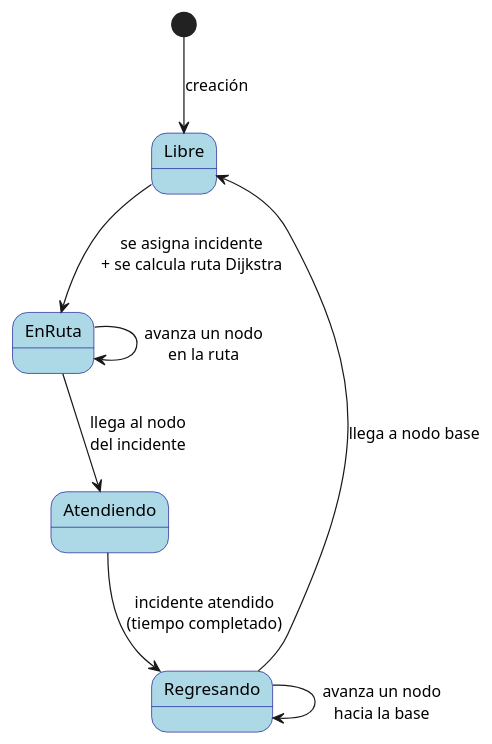
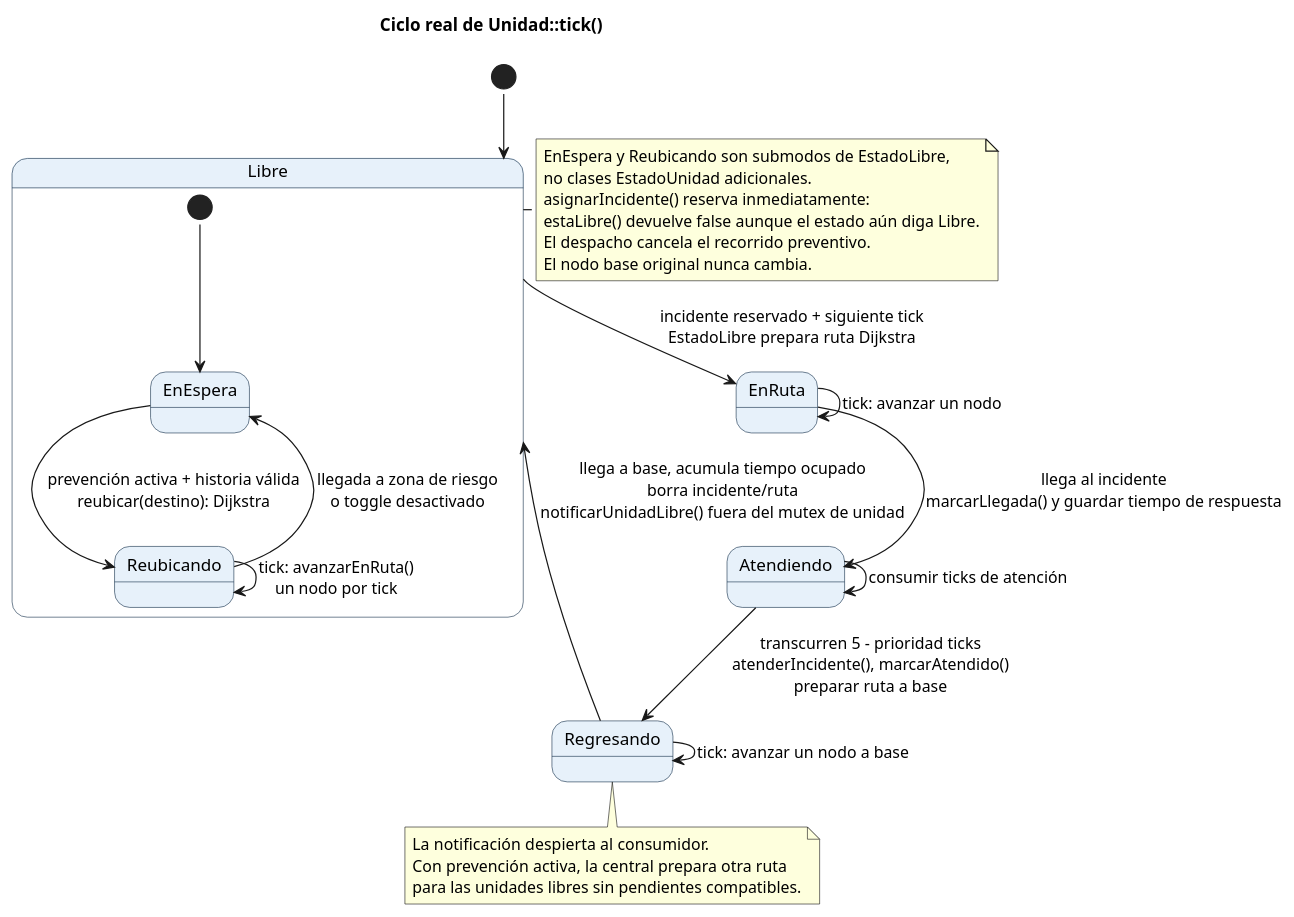
The diagram in docs/UML/estado_unidad.puml (KarlaBedregal/SIDEA), drawn with PlantUML before and after one commit. The commit also changed 42 other files, not shown here.

```diff
--- a/docs/UML/estado_unidad.puml
+++ b/docs/UML/estado_unidad.puml
@@ -1,18 +1,35 @@
 @startuml Estado_Unidad
-
+!pragma layout smetana
 skinparam state {
-    BackgroundColor LightBlue
-    BorderColor DarkBlue
+  BackgroundColor #E7F1FA
+  BorderColor #17324D
 }
-
-[*] --> Libre : creación
-
-Libre --> EnRuta : se asigna incidente\n+ se calcula ruta Dijkstra
-EnRuta --> Atendiendo : llega al nodo\ndel incidente
-Atendiendo --> Regresando : incidente atendido\n(tiempo completado)
-Regresando --> Libre : llega a nodo base
-
-EnRuta --> EnRuta : avanza un nodo\nen la ruta
-Regresando --> Regresando : avanza un nodo\nhacia la base
-
+title Ciclo real de Unidad::tick()
+[*] --> Libre
+state Libre {
+  [*] --> EnEspera
+  EnEspera --> Reubicando : prevención activa + historia válida\nreubicar(destino): Dijkstra
+  Reubicando --> EnEspera : llegada a zona de riesgo\no toggle desactivado
+  Reubicando --> Reubicando : tick: avanzarEnRuta()\nun nodo por tick
+}
+Libre --> EnRuta : incidente reservado + siguiente tick\nEstadoLibre prepara ruta Dijkstra
+EnRuta --> EnRuta : tick: avanzar un nodo
+EnRuta --> Atendiendo : llega al incidente\nmarcarLlegada() y guardar tiempo de respuesta
+Atendiendo --> Atendiendo : consumir ticks de atención
+Atendiendo --> Regresando : transcurren 5 - prioridad ticks\natenderIncidente(), marcarAtendido()\npreparar ruta a base
+Regresando --> Regresando : tick: avanzar un nodo a base
+Regresando --> Libre : llega a base, acumula tiempo ocupado\nborra incidente/ruta\nnotificarUnidadLibre() fuera del mutex de unidad
+note right of Libre
+  EnEspera y Reubicando son submodos de EstadoLibre,
+  no clases EstadoUnidad adicionales.
+  asignarIncidente() reserva inmediatamente:
+  estaLibre() devuelve false aunque el estado aún diga Libre.
+  El despacho cancela el recorrido preventivo.
+  El nodo base original nunca cambia.
+end note
+note bottom of Regresando
+  La notificación despierta al consumidor.
+  Con prevención activa, la central prepara otra ruta
+  para las unidades libres sin pendientes compatibles.
+end note
 @enduml
```
